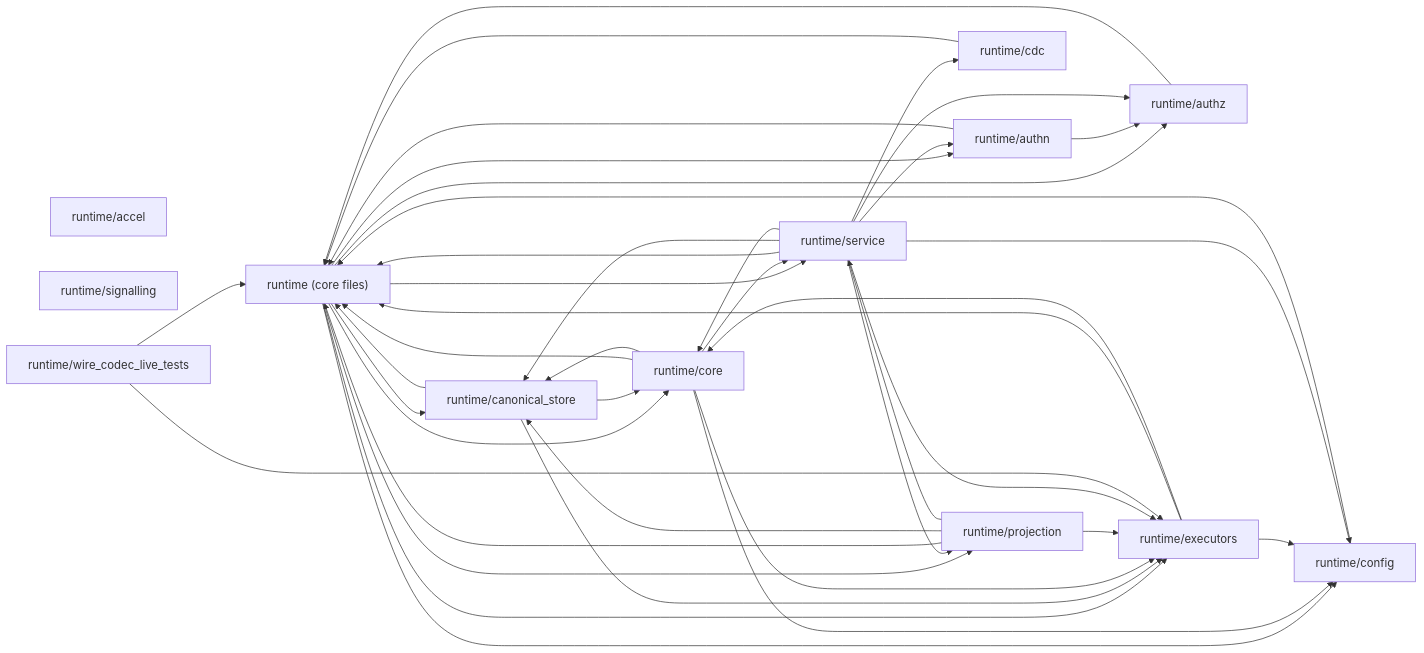
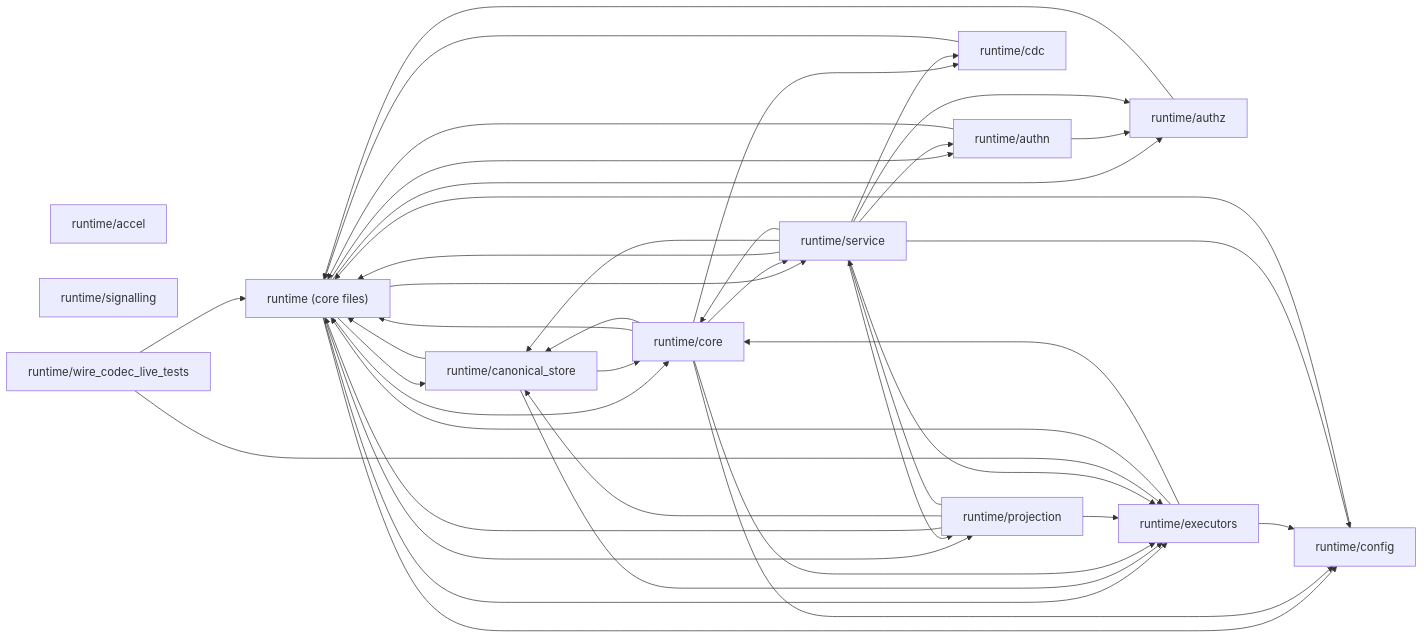
Before and after one commit to fahara02/udb: the second of 2 diagrams in docs/generated/codebase-map.md, drawn with Mermaid. The commit also changed other lines of this file and 24 other files, not shown here.

````diff
--- a/docs/generated/codebase-map.md
+++ b/docs/generated/codebase-map.md
@@ -56,55 +56,56 @@
 ```mermaid
 graph LR
   runtime__core_files_["runtime (core files)"]
   runtime_accel["runtime/accel"]
   runtime_authn["runtime/authn"]
   runtime_authz["runtime/authz"]
   runtime_canonical_store["runtime/canonical_store"]
   runtime_cdc["runtime/cdc"]
   runtime_config["runtime/config"]
   runtime_core["runtime/core"]
   runtime_executors["runtime/executors"]
   runtime_projection["runtime/projection"]
   runtime_service["runtime/service"]
   runtime_signalling["runtime/signalling"]
   runtime_wire_codec_live_tests["runtime/wire_codec_live_tests"]
   runtime__core_files_ --> runtime_authn
   runtime__core_files_ --> runtime_authz
   runtime__core_files_ --> runtime_canonical_store
   runtime__core_files_ --> runtime_config
   runtime__core_files_ --> runtime_core
   runtime__core_files_ --> runtime_executors
   runtime__core_files_ --> runtime_projection
   runtime__core_files_ --> runtime_service
   runtime_authn --> runtime__core_files_
   runtime_authn --> runtime_authz
   runtime_authz --> runtime__core_files_
   runtime_canonical_store --> runtime__core_files_
   runtime_canonical_store --> runtime_core
   runtime_canonical_store --> runtime_executors
   runtime_cdc --> runtime__core_files_
   runtime_config --> runtime__core_files_
   runtime_core --> runtime__core_files_
   runtime_core --> runtime_canonical_store
+  runtime_core --> runtime_cdc
   runtime_core --> runtime_config
   runtime_core --> runtime_executors
   runtime_core --> runtime_service
   runtime_executors --> runtime__core_files_
   runtime_executors --> runtime_config
   runtime_executors --> runtime_core
   runtime_projection --> runtime__core_files_
   runtime_projection --> runtime_canonical_store
   runtime_projection --> runtime_executors
   runtime_projection --> runtime_service
   runtime_service --> runtime__core_files_
   runtime_service --> runtime_authn
   runtime_service --> runtime_authz
   runtime_service --> runtime_canonical_store
   runtime_service --> runtime_cdc
   runtime_service --> runtime_config
   runtime_service --> runtime_core
   runtime_service --> runtime_executors
   runtime_service --> runtime_projection
   runtime_wire_codec_live_tests --> runtime__core_files_
   runtime_wire_codec_live_tests --> runtime_executors
 ```
````
